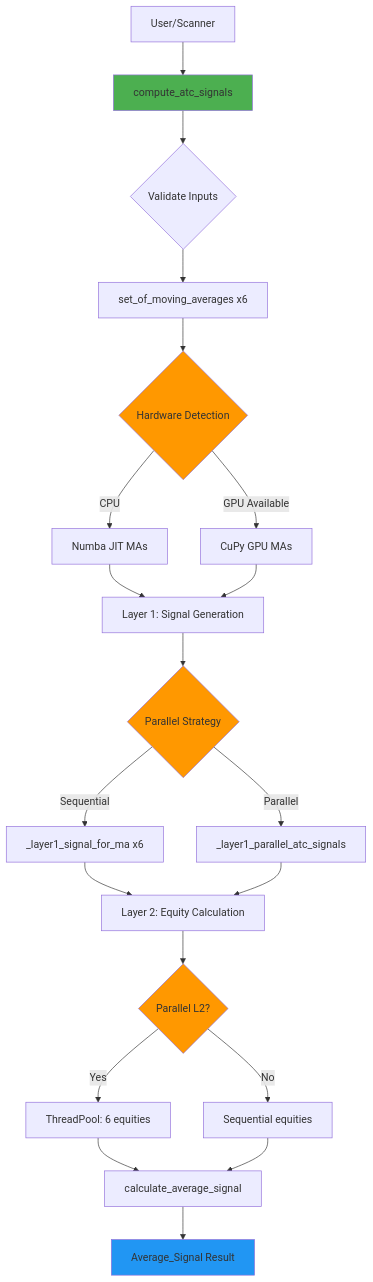
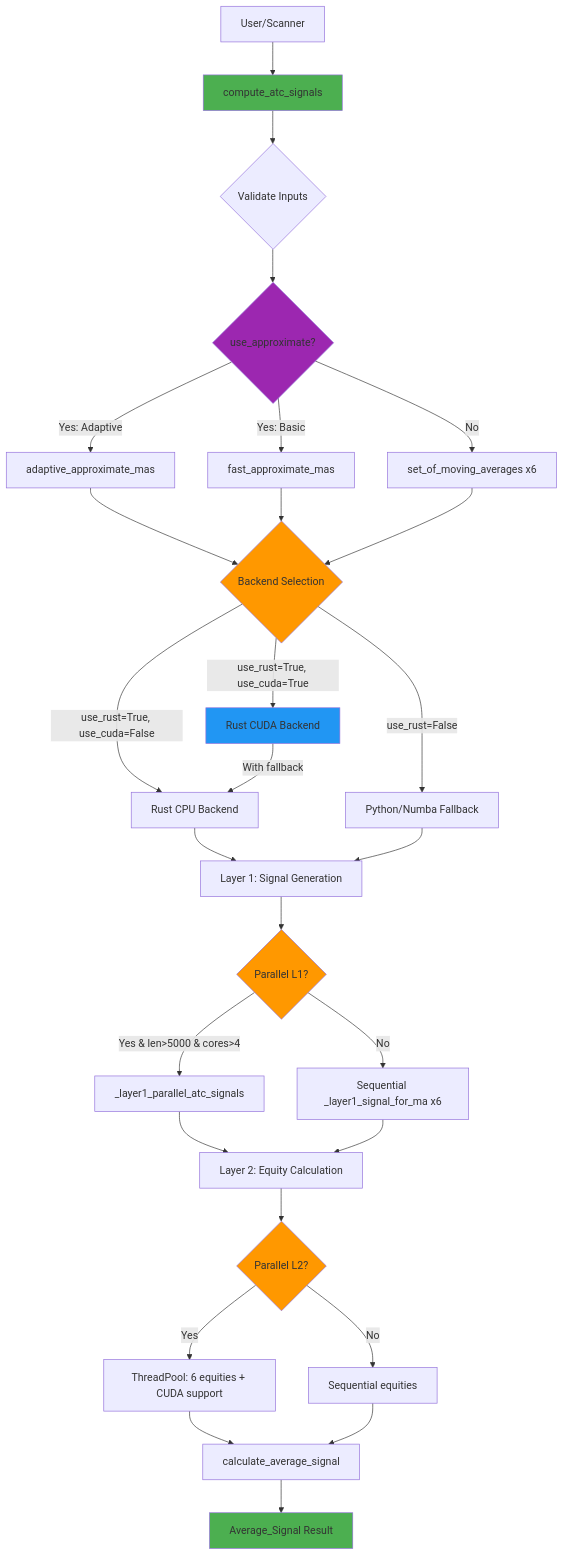
The first of 12 diagrams in modules/adaptive_trend_LTS/docs/optimization_flow_diagram.md (Nguyenthang2292/Sovereign-IQ), drawn with Mermaid before and after one commit. The commit also changed other lines of this file and 81 other files, not shown here.

````diff
--- a/modules/adaptive_trend_LTS/docs/optimization_flow_diagram.md
+++ b/modules/adaptive_trend_LTS/docs/optimization_flow_diagram.md
@@ -11,34 +14,46 @@
 ```mermaid
 graph TD
     A[User/Scanner] --> B[compute_atc_signals]
     B --> C{Validate Inputs}
-    C --> D[set_of_moving_averages x6]
-    D --> E{Hardware Detection}
-    E -->|CPU| F[Numba JIT MAs]
-    E -->|GPU Available| G[CuPy GPU MAs]
+    C --> D{use_approximate?}
 
-    F --> H[Layer 1: Signal Generation]
-    G --> H
+    D -->|Yes: Adaptive| E1[adaptive_approximate_mas]
+    D -->|Yes: Basic| E2[fast_approximate_mas]
+    D -->|No| E3[set_of_moving_averages x6]
 
-    H --> I{Parallel Strategy}
-    I -->|Sequential| J[_layer1_signal_for_ma x6]
-    I -->|Parallel| K[_layer1_parallel_atc_signals]
+    E1 --> F{Backend Selection}
+    E2 --> F
+    E3 --> F
+
+    F -->|use_rust=True, use_cuda=True| G1[Rust CUDA Backend]
+    F -->|use_rust=True, use_cuda=False| G2[Rust CPU Backend]
+    F -->|use_rust=False| G3[Python/Numba Fallback]
+
+    G1 -->|With fallback| G2
+    G2 --> H[Layer 1: Signal Generation]
+    G3 --> H
+
+    H --> I{Parallel L1?}
+    I -->|Yes & len>5000 & cores>4| J[_layer1_parallel_atc_signals]
+    I -->|No| K[Sequential _layer1_signal_for_ma x6]
 
     J --> L[Layer 2: Equity Calculation]
     K --> L
 
     L --> M{Parallel L2?}
-    M -->|Yes| N[ThreadPool: 6 equities]
+    M -->|Yes| N[ThreadPool: 6 equities + CUDA support]
     M -->|No| O[Sequential equities]
 
     N --> P[calculate_average_signal]
     O --> P
 
     P --> Q[Average_Signal Result]
 
     style B fill:#4CAF50
-    style E fill:#FF9800
+    style D fill:#9C27B0
+    style F fill:#FF9800
+    style G1 fill:#2196F3
     style I fill:#FF9800
     style M fill:#FF9800
-    style Q fill:#2196F3
+    style Q fill:#4CAF50
 ```
````
